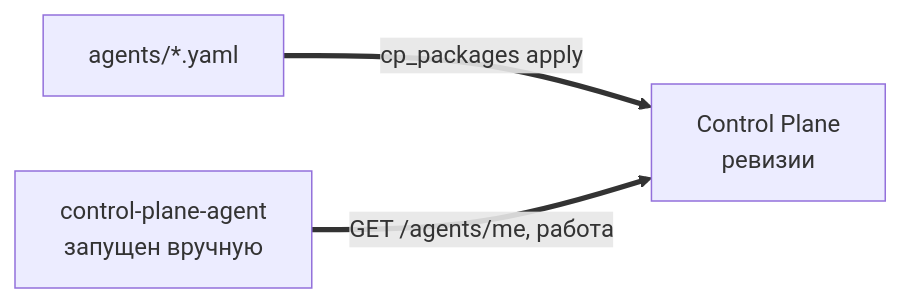
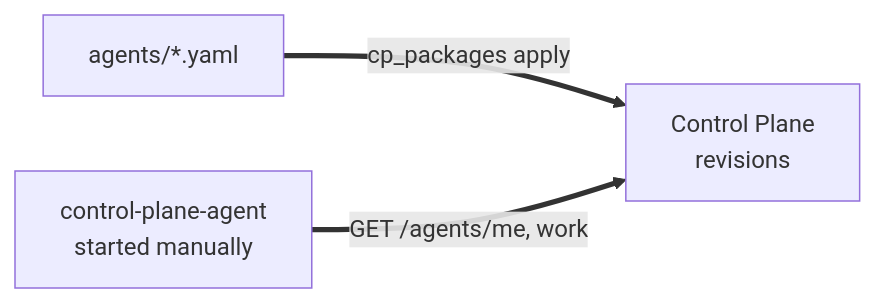
The first of 3 diagrams in guide/docs/runner/index.md (monthu56/taimen), drawn with Mermaid before and after one commit. The commit also changed other lines of this file and 183 other files, not shown here.

````diff
--- a/guide/docs/runner/index.md
+++ b/guide/docs/runner/index.md
@@ -19,5 +20,5 @@
 ```mermaid
 flowchart LR
-    Y["agents/*.yaml"] ==>|cp_packages apply| CP["Control Plane<br/>ревизии"]
-    D["control-plane-agent<br/>запущен вручную"] ==>|GET /agents/me, работа| CP
+    Y["agents/*.yaml"] ==>|cp_packages apply| CP["Control Plane<br/>revisions"]
+    D["control-plane-agent<br/>started manually"] ==>|GET /agents/me, work| CP
 ```
````
